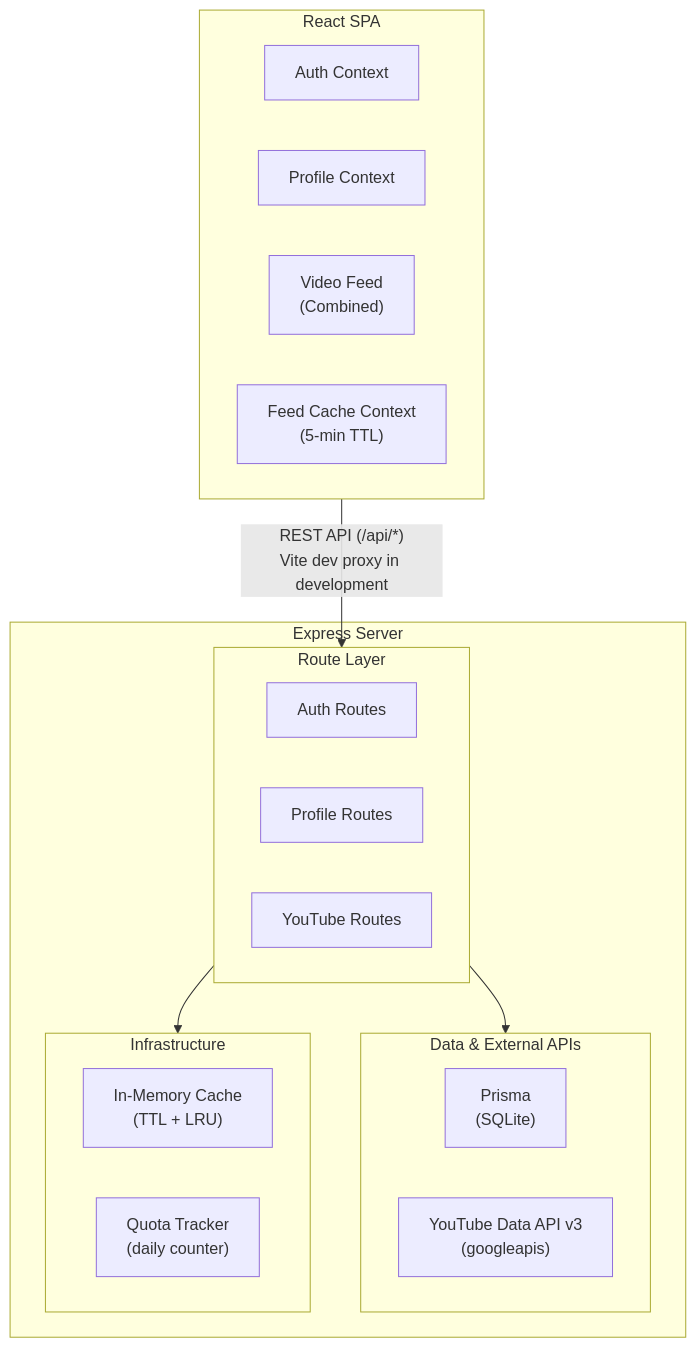
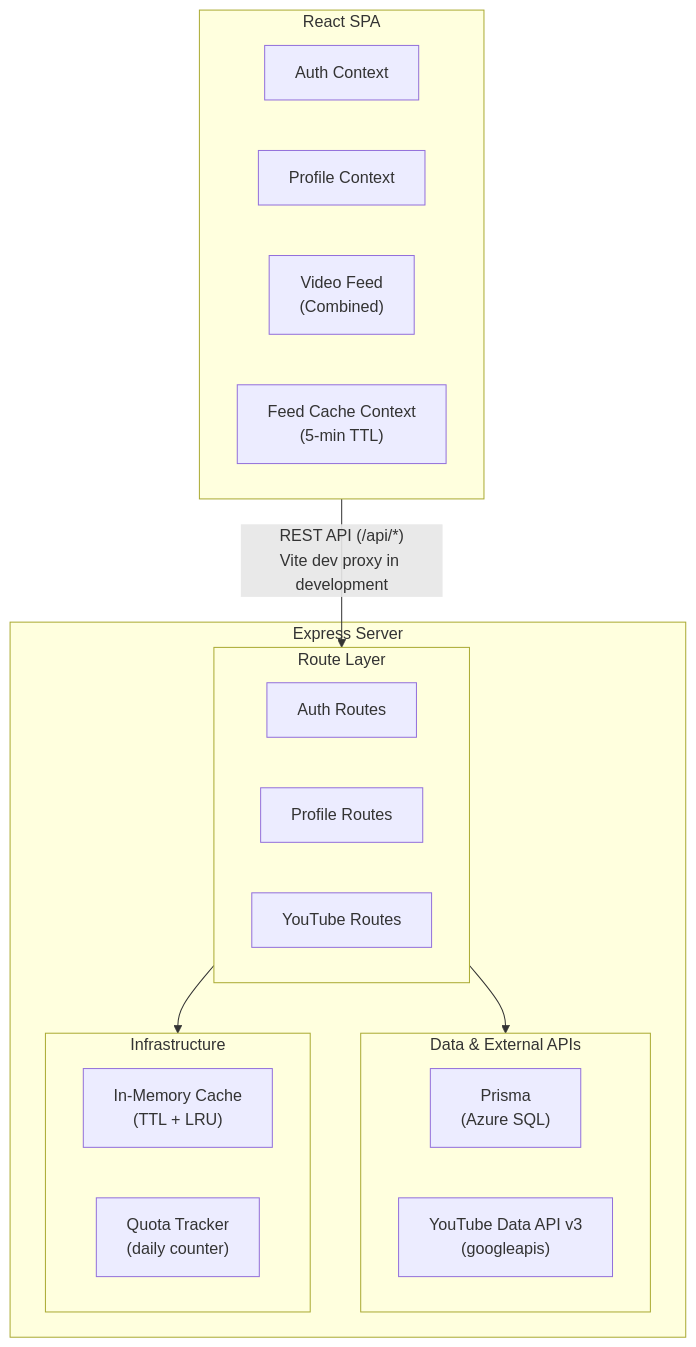
The first of 7 diagrams in ARCHITECTURE.md (ricardocovo/focused-tube), drawn with Mermaid before and after one commit. The commit also changed 24 other files, not shown here.

````diff
--- a/ARCHITECTURE.md
+++ b/ARCHITECTURE.md
@@ -42,29 +42,29 @@
 ```mermaid
 graph TB
     subgraph client["React SPA"]
         AuthCtx["Auth Context"]
         ProfileCtx["Profile Context"]
         VideoFeed["Video Feed\n(Combined)"]
         FeedCache["Feed Cache Context\n(5-min TTL)"]
     end
 
     subgraph server["Express Server"]
         subgraph routes["Route Layer"]
             AuthRoutes["Auth Routes"]
             ProfileRoutes["Profile Routes"]
             YouTubeRoutes["YouTube Routes"]
         end
         subgraph data["Data & External APIs"]
-            Prisma["Prisma\n(SQLite)"]
+            Prisma["Prisma\n(Azure SQL)"]
             YTClient["YouTube Data API v3\n(googleapis)"]
         end
         subgraph infra["Infrastructure"]
             Cache["In-Memory Cache\n(TTL + LRU)"]
             Quota["Quota Tracker\n(daily counter)"]
         end
     end
 
     client -- "REST API (/api/*)\nVite dev proxy in development" --> routes
     routes --> data
     routes --> infra
 ```
````
